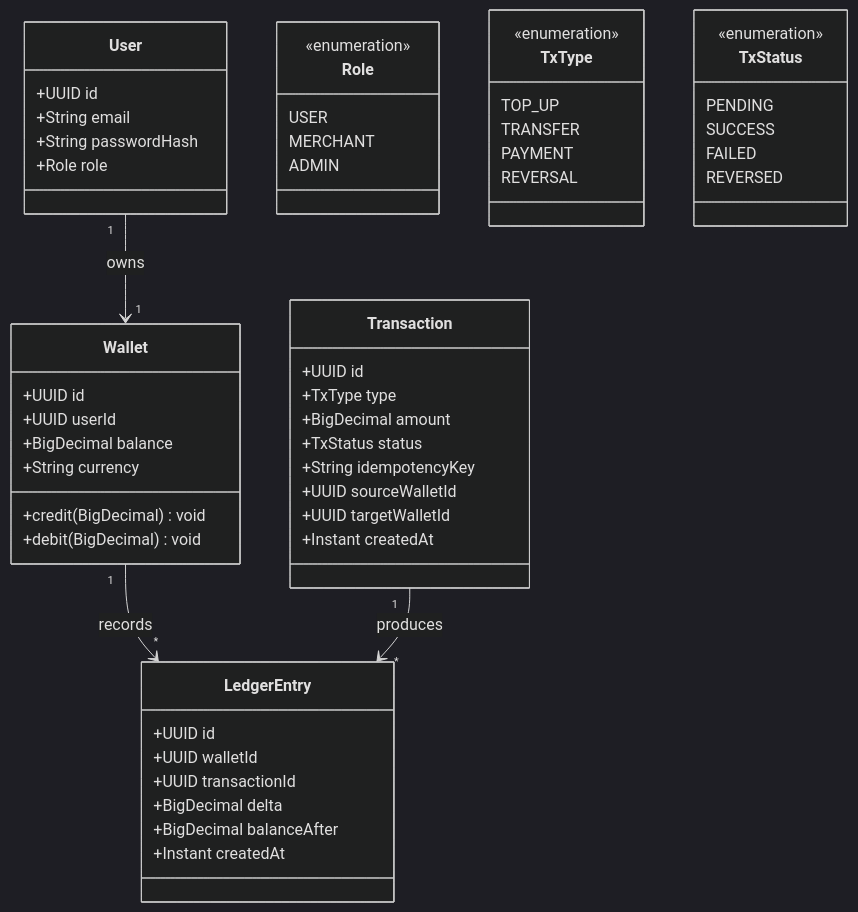
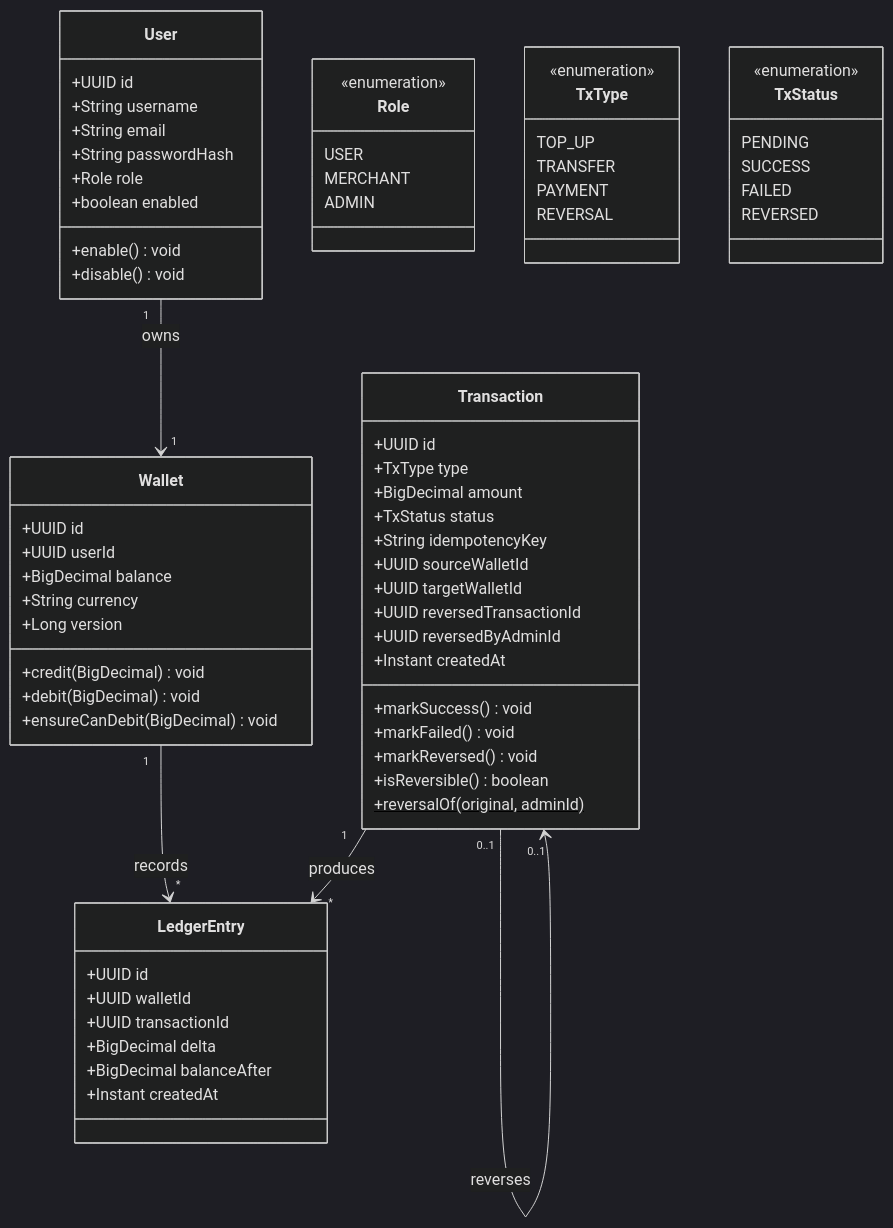
One commit to M-o-m-e-n/finthos changed the first of 5 diagrams in docs/LLD.md. Above: the diagram before and after it, drawn with Mermaid (dark theme). The commit also changed other lines of this file, not shown here.

Commit message:
docs(lld): document packages, flows, idempotency rules and error mapping

````diff
--- a/docs/LLD.md
+++ b/docs/LLD.md
@@ -50,59 +71,73 @@
 ```mermaid
 classDiagram
     class User {
         +UUID id
+        +String username
         +String email
         +String passwordHash
         +Role role
+        +boolean enabled
+        +enable() void
+        +disable() void
     }
     class Wallet {
         +UUID id
         +UUID userId
         +BigDecimal balance
         +String currency
+        +Long version
         +credit(BigDecimal) void
         +debit(BigDecimal) void
+        +ensureCanDebit(BigDecimal) void
     }
     class Transaction {
         +UUID id
         +TxType type
         +BigDecimal amount
         +TxStatus status
         +String idempotencyKey
         +UUID sourceWalletId
         +UUID targetWalletId
+        +UUID reversedTransactionId
+        +UUID reversedByAdminId
         +Instant createdAt
+        +markSuccess() void
+        +markFailed() void
+        +markReversed() void
+        +isReversible() boolean
+        +reversalOf(original, adminId)$
     }
     class LedgerEntry {
         +UUID id
         +UUID walletId
         +UUID transactionId
         +BigDecimal delta
         +BigDecimal balanceAfter
         +Instant createdAt
     }
     class Role {
         <<enumeration>>
         USER
         MERCHANT
         ADMIN
     }
     class TxType {
         <<enumeration>>
         TOP_UP
         TRANSFER
         PAYMENT
         REVERSAL
     }
     class TxStatus {
         <<enumeration>>
         PENDING
         SUCCESS
         FAILED
         REVERSED
     }
 
     User "1" --> "1" Wallet : owns
     Wallet "1" --> "*" LedgerEntry : records
     Transaction "1" --> "*" LedgerEntry : produces
+    Transaction "0..1" --> "0..1" Transaction : reverses
 ```
````
